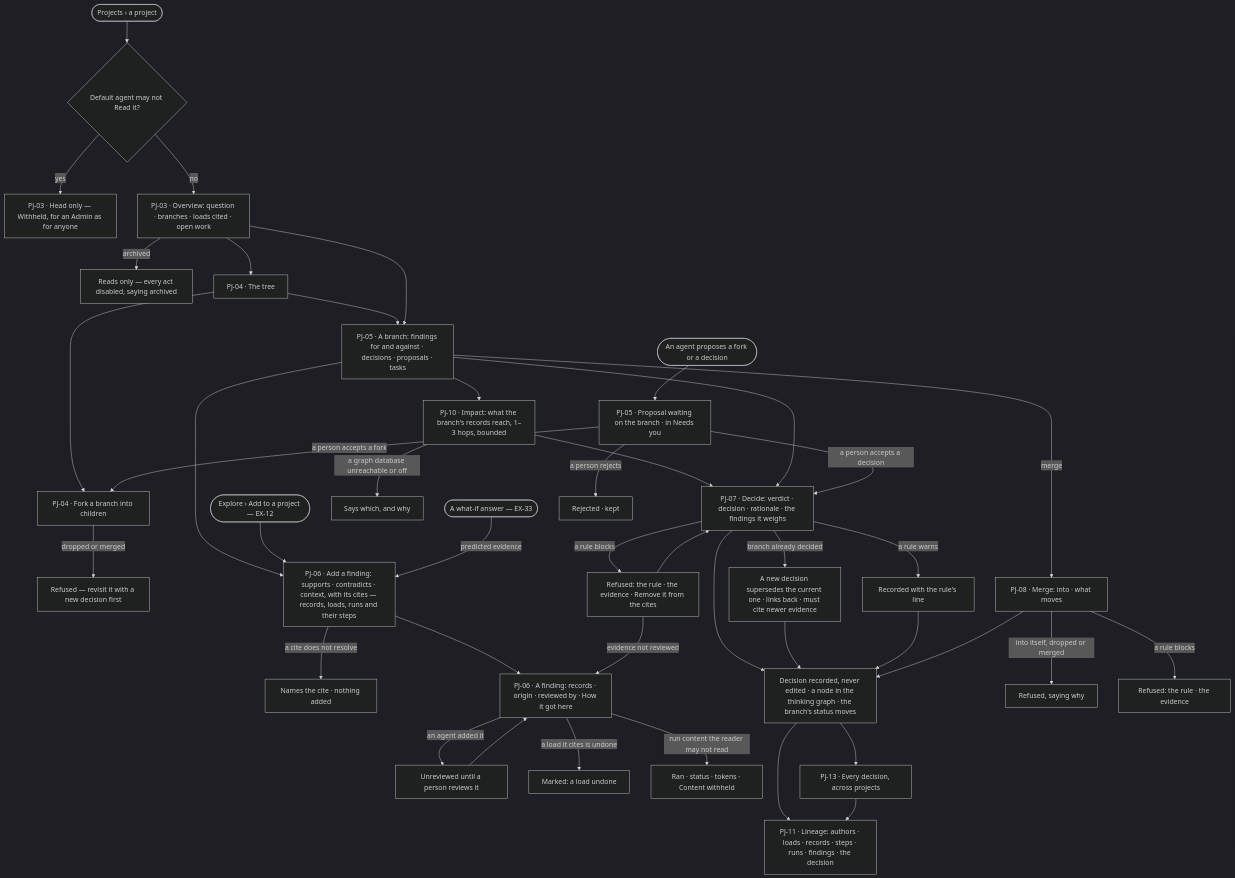
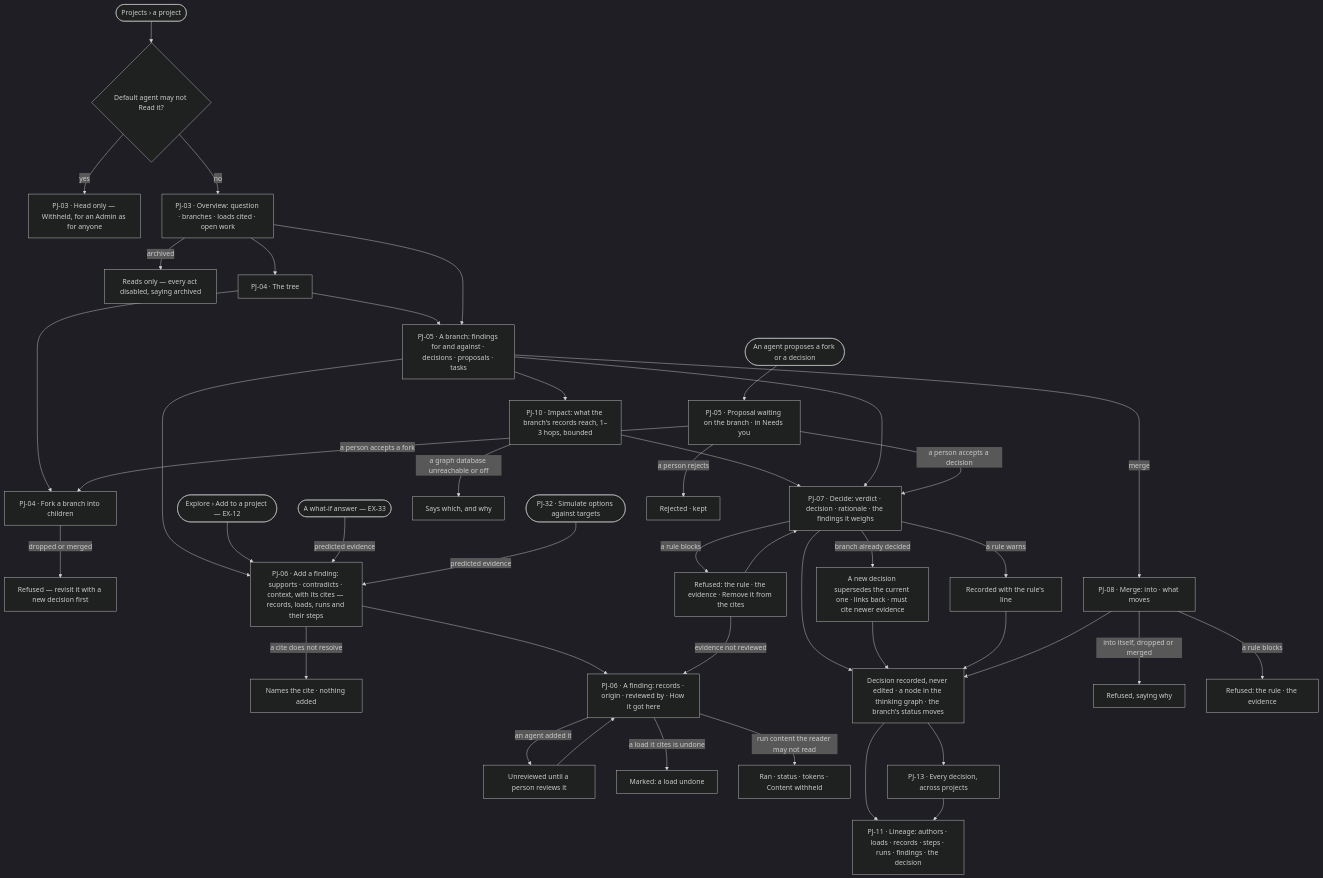
Before and after one commit to invana/invana: the first of 2 diagrams in specs/capabilities/projects/features/PJ-F03-branches-findings-and-decisions/feature.md, drawn with Mermaid (dark theme). The commit also changed other lines of this file and 15 other files, not shown here.

````diff
--- a/specs/capabilities/projects/features/PJ-F03-branches-findings-and-decisions/feature.md
+++ b/specs/capabilities/projects/features/PJ-F03-branches-findings-and-decisions/feature.md
@@ -26,43 +26,44 @@
 ```mermaid
 flowchart TD
   start([Projects › a project]) --> vis{"Default agent may not Read it?"}
   vis -->|yes| priv["PJ-03 · Head only — Withheld, for an Admin as for anyone"]
   vis -->|no| ov["PJ-03 · Overview: question · branches · loads cited · open work"]
   ov -->|archived| arch["Reads only — every act disabled, saying archived"]
   ov --> tree["PJ-04 · The tree"]
   tree --> fork["PJ-04 · Fork a branch into children"]
   fork -->|dropped or merged| rf["Refused — revisit it with a new decision first"]
   tree --> br["PJ-05 · A branch: findings for and against · decisions · proposals · tasks"]
   ov --> br
   br --> add["PJ-06 · Add a finding: supports · contradicts · context, with its cites — records, loads, runs and their steps"]
   add -->|a cite does not resolve| rc["Names the cite · nothing added"]
   explore([Explore › Add to a project — EX-12]) --> add
   whatif([A what-if answer — EX-33]) -->|predicted evidence| add
+  sim([PJ-32 · Simulate options against targets]) -->|predicted evidence| add
   add --> fd["PJ-06 · A finding: records · origin · reviewed by · How it got here"]
   fd -->|an agent added it| rev["Unreviewed until a person reviews it"] --> fd
   fd -->|a load it cites is undone| rt["Marked: a load undone"]
   fd -->|run content the reader may not read| wh["Ran · status · tokens · Content withheld"]
   br --> imp["PJ-10 · Impact: what the branch's records reach, 1–3 hops, bounded"]
   imp -->|a graph database unreachable or off| ie["Says which, and why"]
   imp --> dec
   br --> dec["PJ-07 · Decide: verdict · decision · rationale · the findings it weighs"]
   dec -->|a rule blocks| rr["Refused: the rule · the evidence · Remove it from the cites"]
   rr -->|evidence not reviewed| fd
   rr --> dec
   dec -->|a rule warns| dw["Recorded with the rule's line"]
   dec -->|branch already decided| sup["A new decision supersedes the current one · links back · must cite newer evidence"]
   dec --> rec["Decision recorded, never edited · a node in the thinking graph · the branch's status moves"]
   sup --> rec
   dw --> rec
   br -->|merge| mg["PJ-08 · Merge: into · what moves"]
   mg -->|into itself, dropped or merged| mr["Refused, saying why"]
   mg -->|a rule blocks| mrr["Refused: the rule · the evidence"]
   mg --> rec
   agent([An agent proposes a fork or a decision]) --> prop["PJ-05 · Proposal waiting on the branch · in Needs you"]
   prop -->|a person accepts a fork| fork
   prop -->|a person accepts a decision| dec
   prop -->|a person rejects| pr["Rejected · kept"]
   rec --> lin["PJ-11 · Lineage: authors · loads · records · steps · runs · findings · the decision"]
   rec --> all["PJ-13 · Every decision, across projects"]
   all --> lin
 ```
````
